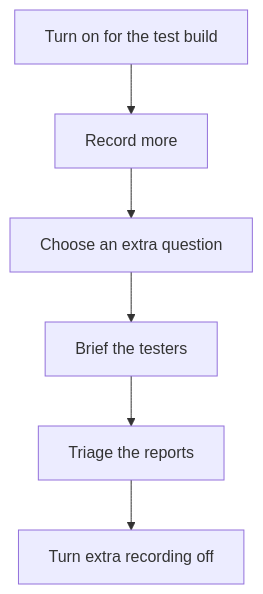
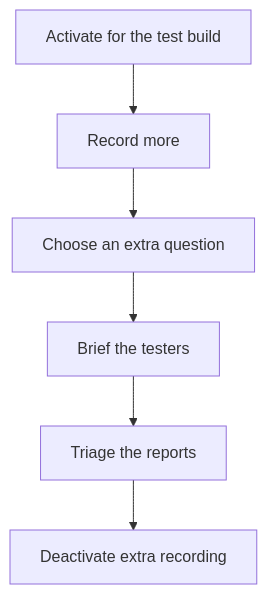
The diagram in docs/guides/run-a-test-session.md (TheMightyTRex/snaglist), drawn with Mermaid before and after one commit. The commit also changed other lines of this file and 61 other files, not shown here.

````diff
--- a/docs/guides/run-a-test-session.md
+++ b/docs/guides/run-a-test-session.md
@@ -22,8 +22,10 @@
 ```mermaid
 flowchart TD
-  A[Turn on for the test build] --> B[Record more]
+  accTitle: The steps at a glance
+  accDescr: The steps in order: activate Snaglist for the test build only; record more for the session; choose an extra question for the session; brief the testers; triage the reports; deactivate the extra recording.
+  A[Activate for the test build] --> B[Record more]
   B --> C[Choose an extra question]
   C --> D[Brief the testers]
   D --> E[Triage the reports]
-  E --> F[Turn extra recording off]
+  E --> F[Deactivate extra recording]
 ```
````
